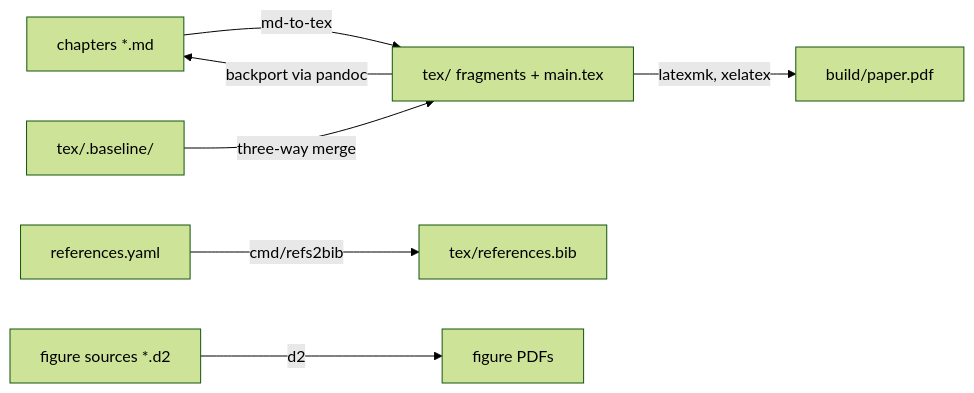
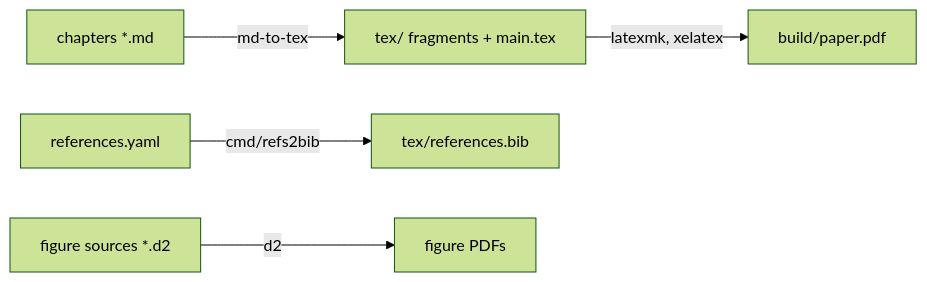
The diagram in README.md (petar-djukic/paperkit), drawn with Mermaid (forest theme) before and after one commit. The commit also changed other lines of this file and 11 other files, not shown here.

````diff
--- a/README.md
+++ b/README.md
@@ -7,9 +7,7 @@
 ```mermaid
 flowchart LR
     MD[chapters *.md] -->|md-to-tex| TEX[tex/ fragments + main.tex]
-    BASE[tex/.baseline/] -->|three-way merge| TEX
     TEX -->|latexmk, xelatex| PDF[build/paper.pdf]
     REFS[references.yaml] -->|cmd/refs2bib| BIB[tex/references.bib]
     D2[figure sources *.d2] -->|d2| FIGS[figure PDFs]
-    TEX -->|backport via pandoc| MD
 ```
````
